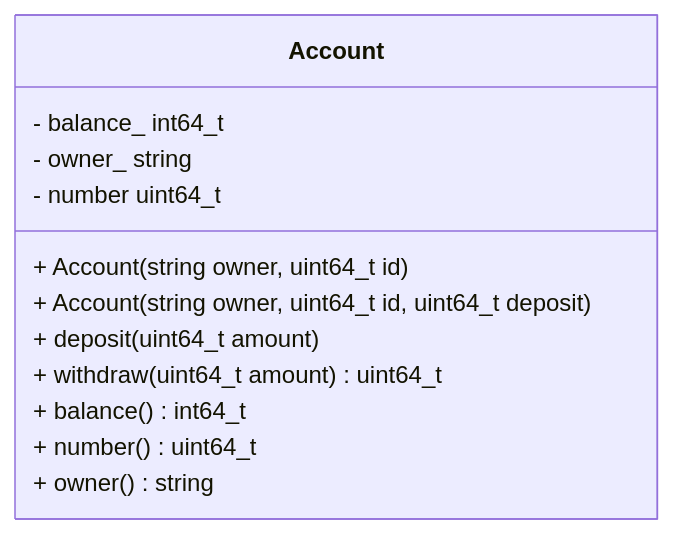
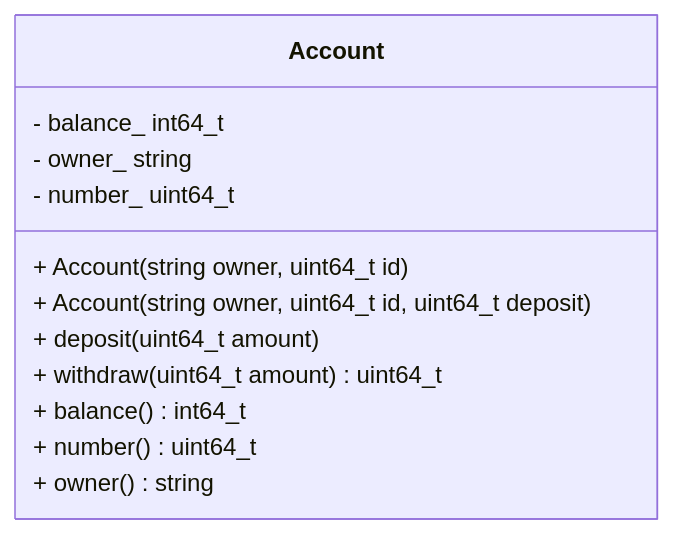
Before and after one commit to HTL-Bulme/cpp_oop_intro: the diagram in README.de-at.md, drawn with Mermaid. The commit also changed 1 other file, not shown here.

Commit message:
Fix: rename number to number_ in class diagram

````diff
--- a/README.de-at.md
+++ b/README.de-at.md
@@ -48,15 +48,15 @@
 ```mermaid
 classDiagram
 class Account {
   - balance_ int64_t
   - owner_ string
-  - number uint64_t
+  - number_ uint64_t
   + Account(string owner, uint64_t id)
   + Account(string owner, uint64_t id, uint64_t deposit)
   + deposit(uint64_t amount)
   + withdraw(uint64_t amount) uint64_t
   + balance() int64_t
   + number() uint64_t
   + owner() string
 }
 ```
````
